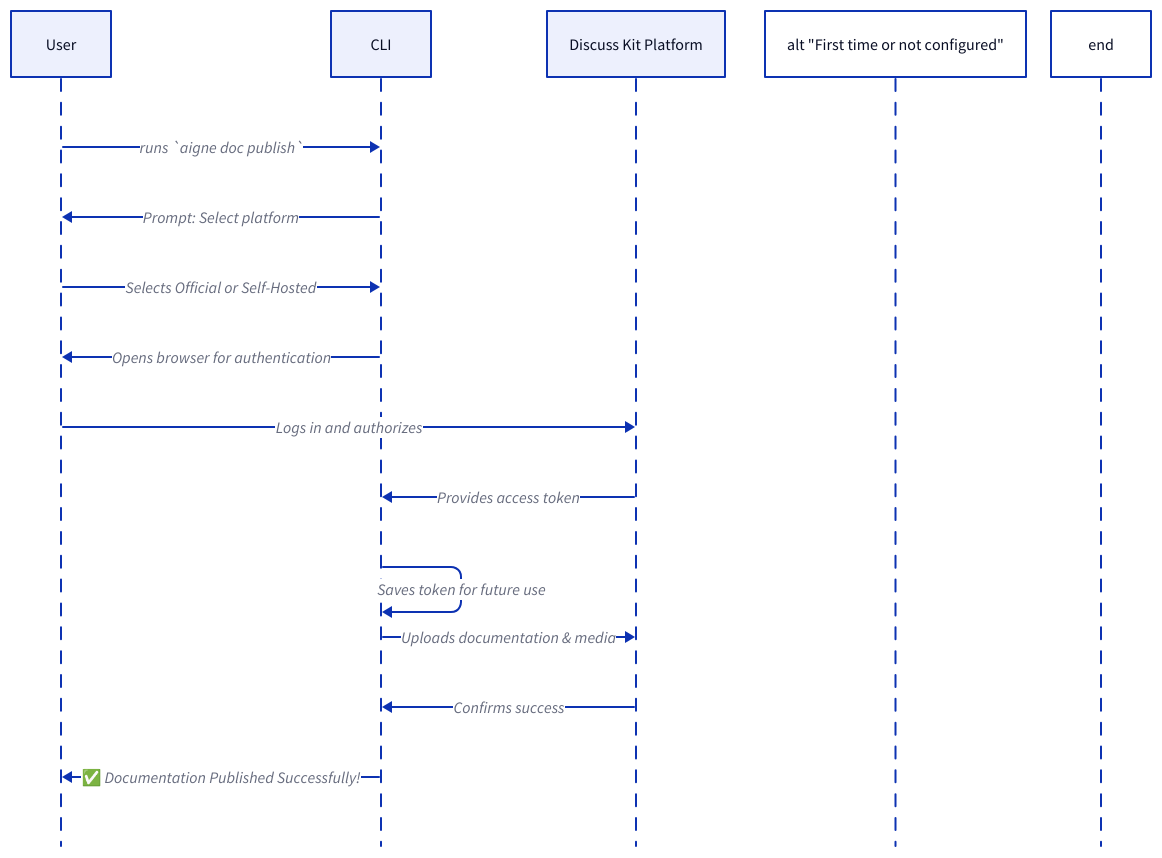
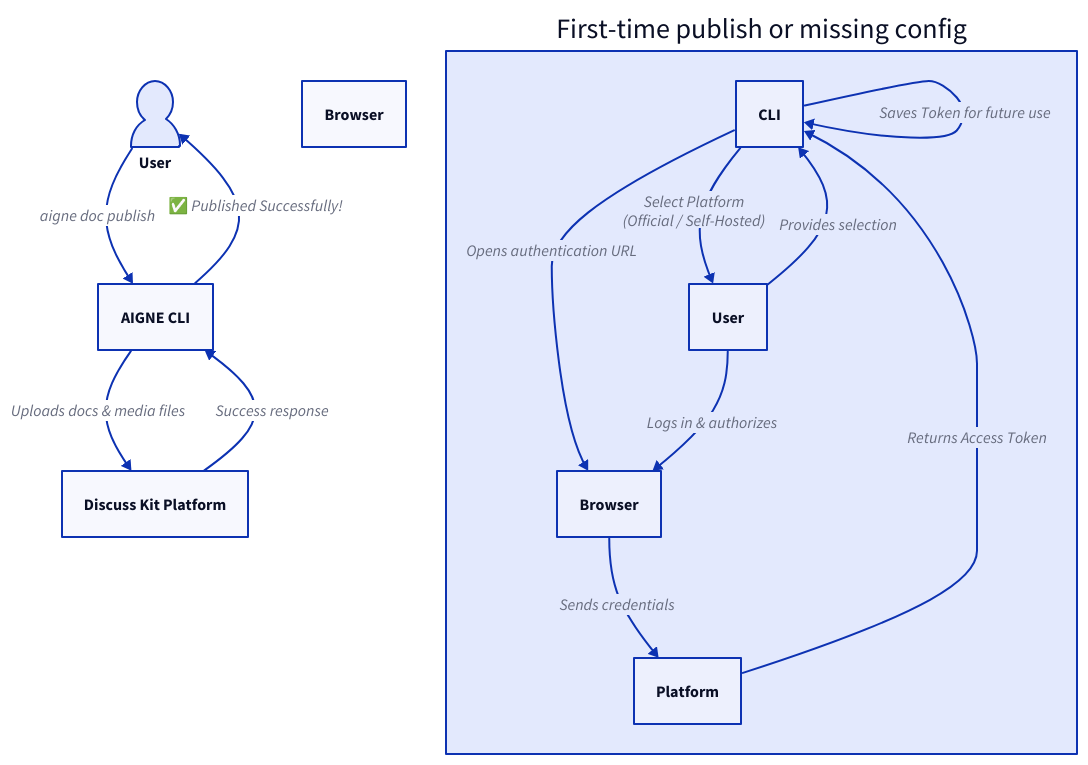
The diagram in docs/features-publish-your-docs.md (AIGNE-io/aigne-doc-smith), drawn with D2 before and after one commit. The commit also changed 35 other files, not shown here.

````diff
--- a/docs/features-publish-your-docs.md
+++ b/docs/features-publish-your-docs.md
@@ -15,20 +15,24 @@
 ```d2
-shape: sequence_diagram
+direction: down
 
-User; CLI; "Discuss Kit Platform"
+User: { shape: person }
+CLI: { label: "AIGNE CLI" }
+Browser: { label: "Browser" }
+Platform: { label: "Discuss Kit Platform" }
 
-User -> CLI: runs `aigne doc publish`
+User -> CLI: aigne doc publish
 
-alt "First time or not configured"
-  CLI -> User: "Prompt: Select platform"
-  User -> CLI: "Selects Official or Self-Hosted"
-  CLI -> User: "Opens browser for authentication"
-  User -> "Discuss Kit Platform": "Logs in and authorizes"
-  "Discuss Kit Platform" -> CLI: "Provides access token"
-  CLI -> CLI: "Saves token for future use"
-end
+alt: "First-time publish or missing config" {
+  CLI -> User: "Select Platform\n(Official / Self-Hosted)"
+  User -> CLI: "Provides selection"
+  CLI -> Browser: "Opens authentication URL"
+  User -> Browser: "Logs in & authorizes"
+  Browser -> Platform: "Sends credentials"
+  Platform -> CLI: "Returns Access Token"
+  CLI -> CLI: "Saves Token for future use"
+}
 
-CLI -> "Discuss Kit Platform": "Uploads documentation & media"
-"Discuss Kit Platform" -> CLI: "Confirms success"
-CLI -> User: "✅ Documentation Published Successfully!"
+CLI -> Platform: "Uploads docs & media files"
+Platform -> CLI: "Success response"
+CLI -> User: "✅ Published Successfully!"
 ```
````
